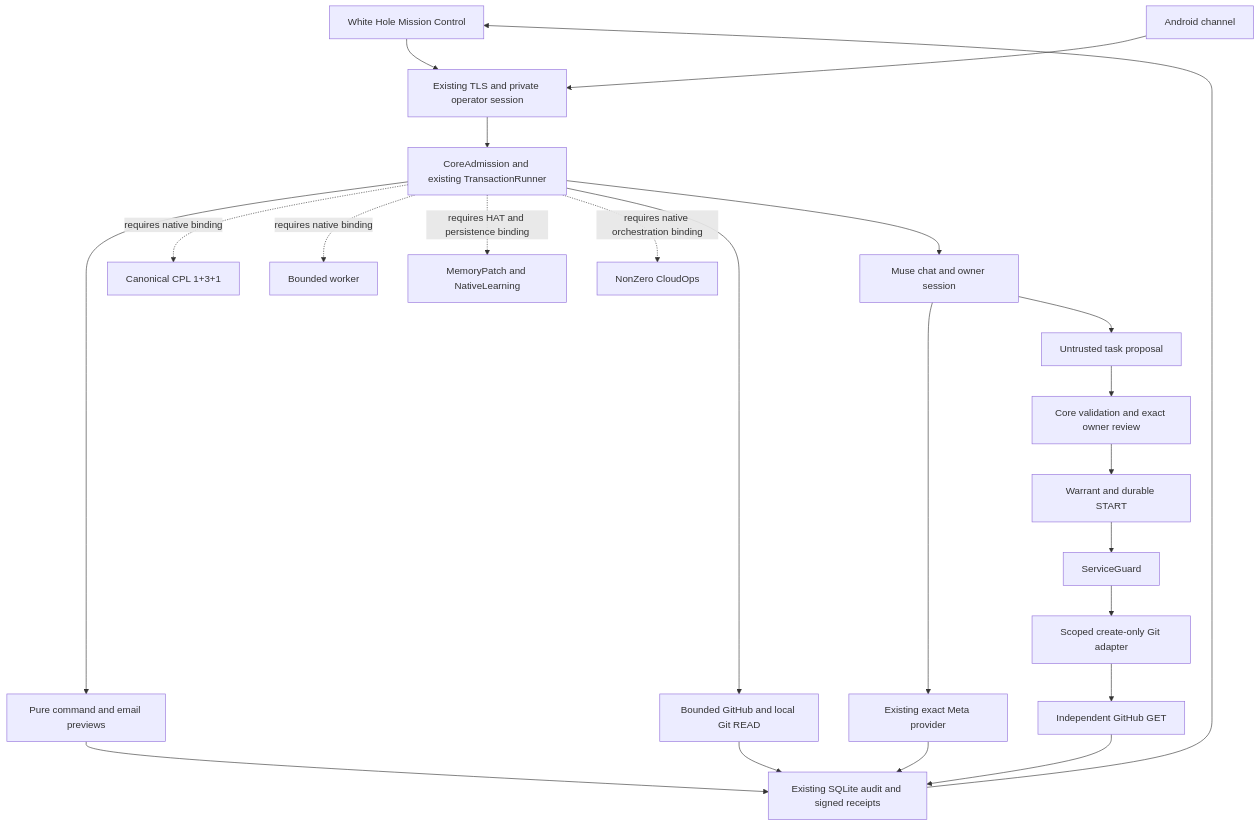
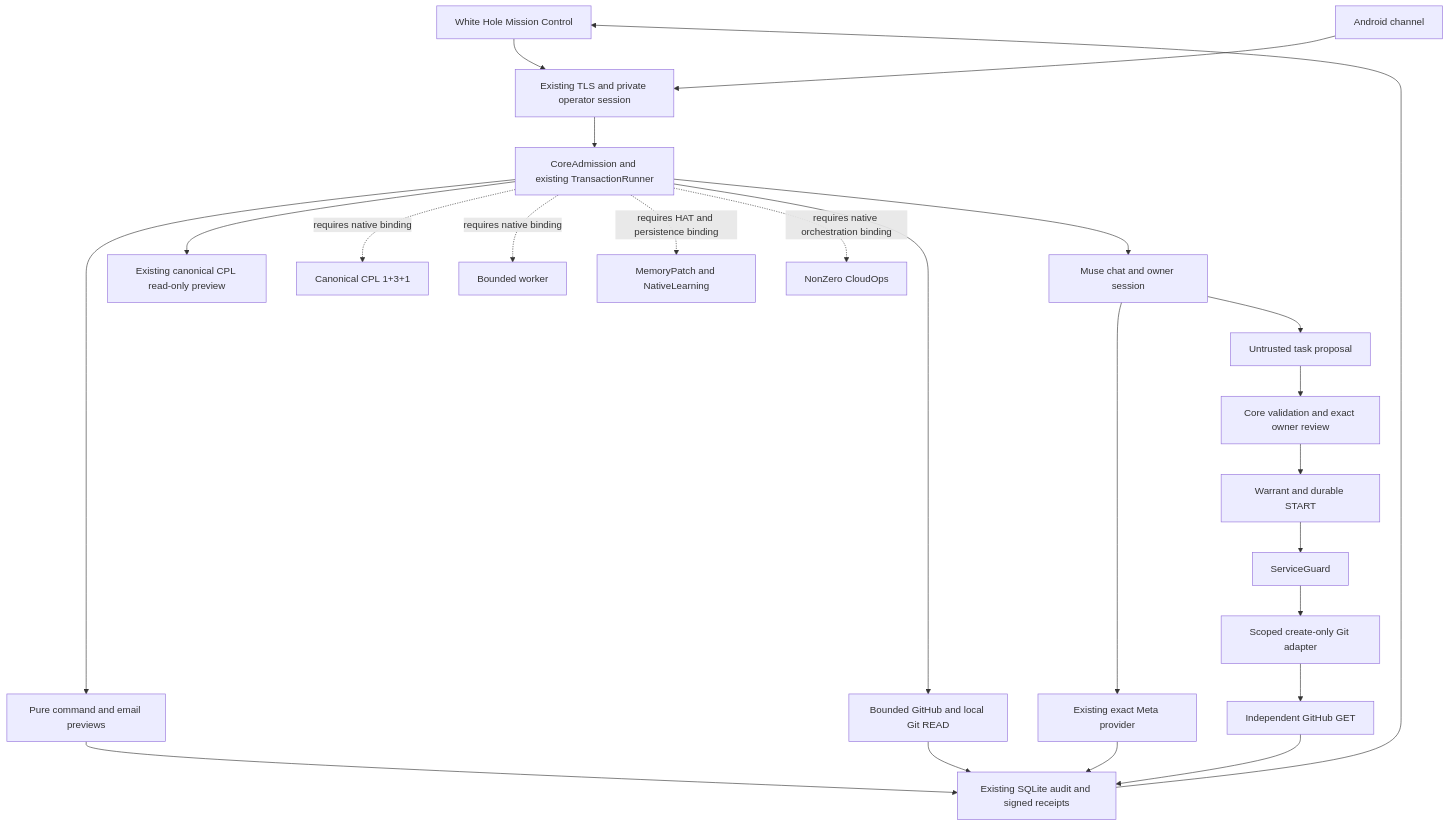
Before and after one commit to luciferprosun/AIOA-spArkHAT: the diagram in audit/2026-11-05/DEPENDENCY_GRAPH.md, drawn with Mermaid. The commit also changed other lines of this file and 11 other files, not shown here.

````diff
--- a/audit/2026-11-05/DEPENDENCY_GRAPH.md
+++ b/audit/2026-11-05/DEPENDENCY_GRAPH.md
@@ -5,25 +5,26 @@
 ```mermaid
 flowchart TD
   UI[White Hole Mission Control] --> Session[Existing TLS and private operator session]
   Android[Android channel] --> Session
   Session --> Core[CoreAdmission and existing TransactionRunner]
   Core --> Chat[Muse chat and owner session]
   Chat --> Provider[Existing exact Meta provider]
   Core --> Preview[Pure command and email previews]
+  Core --> CPLPreview[Existing canonical CPL read-only preview]
   Core --> Read[Bounded GitHub and local Git READ]
   Chat --> Proposal[Untrusted task proposal]
   Proposal --> Review[Core validation and exact owner review]
   Review --> Warrant[Warrant and durable START]
   Warrant --> Guard[ServiceGuard]
   Guard --> Git[Scoped create-only Git adapter]
   Git --> Verify[Independent GitHub GET]
   Preview --> Audit[Existing SQLite audit and signed receipts]
   Read --> Audit
   Provider --> Audit
   Verify --> Audit
   Audit --> UI
   Core -. requires native binding .-> CPL[Canonical CPL 1+3+1]
   Core -. requires native binding .-> Worker[Bounded worker]
   Core -. requires HAT and persistence binding .-> Memory[MemoryPatch and NativeLearning]
   Core -. requires native orchestration binding .-> NZ[NonZero CloudOps]
 ```
````
